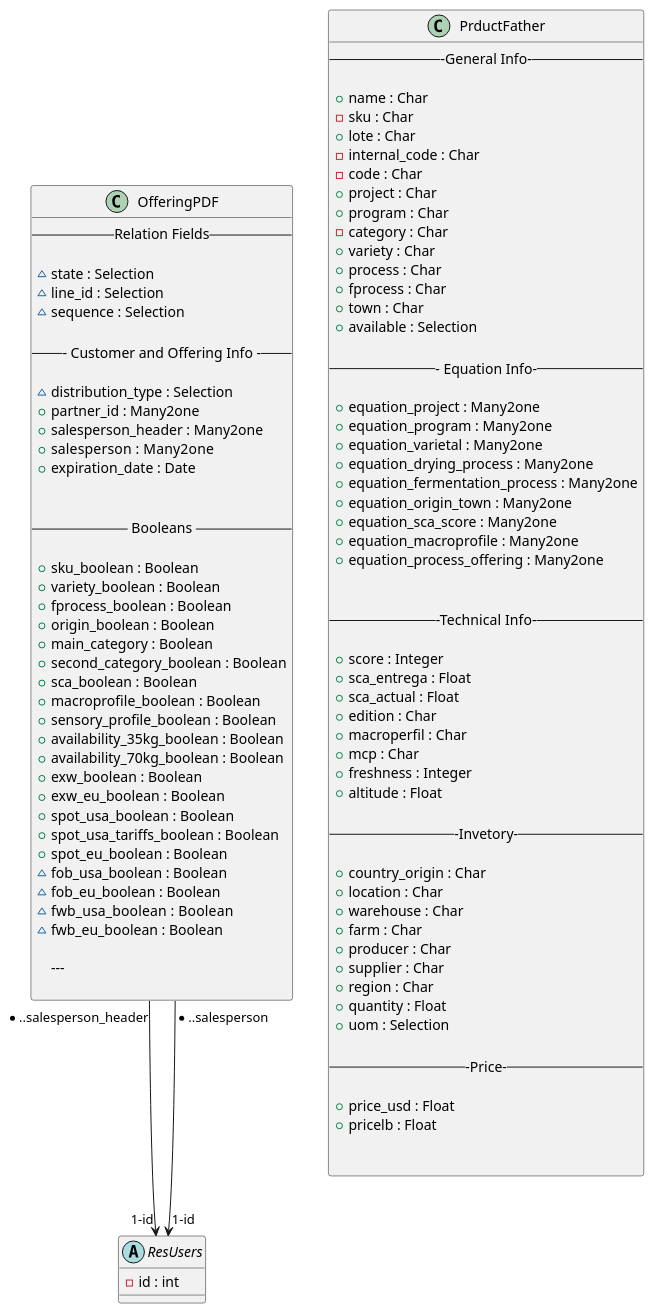
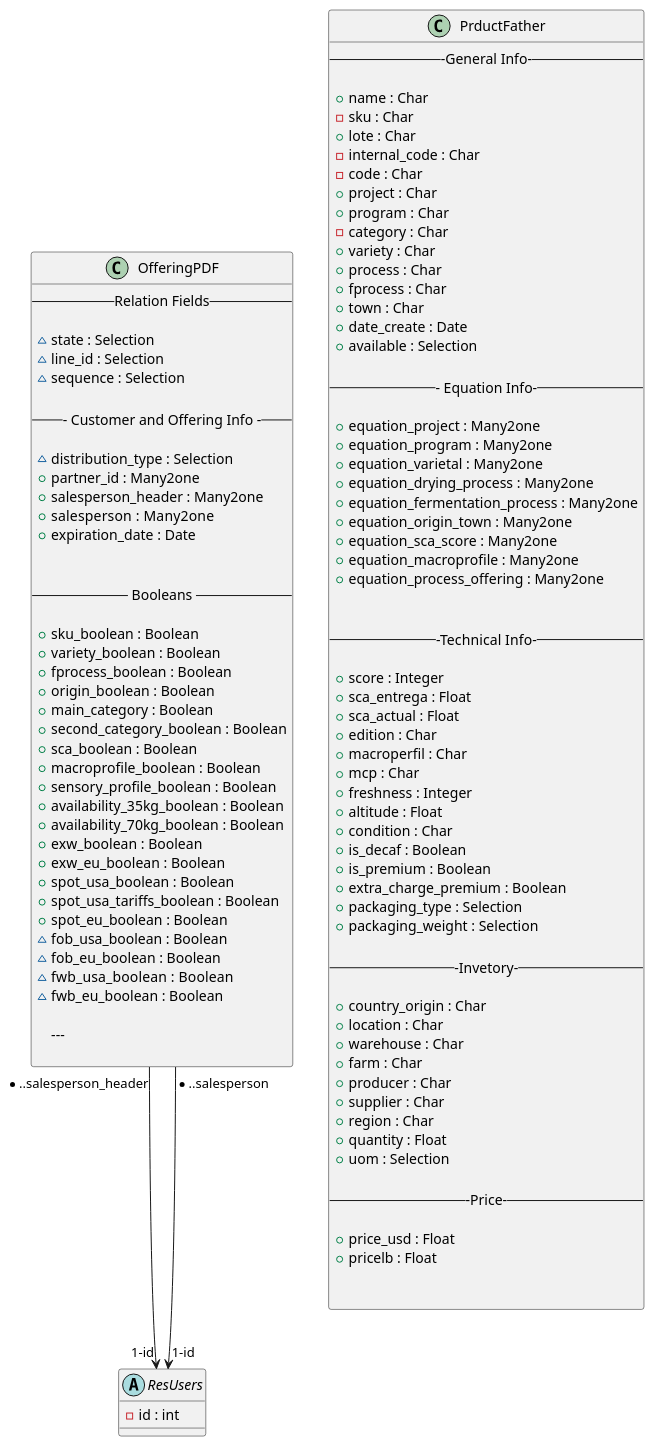
The diagram in Schemas/offering.puml (Equation-Coffee/Odoo-Equation), drawn with PlantUML before and after one commit. The commit also changed 8373 other files, not shown here.

```diff
--- a/Schemas/offering.puml
+++ b/Schemas/offering.puml
@@ -1,131 +1,138 @@
 @startuml offering
 
 ' Mi orden de variables simepre seguira de ahora en adelante de esta formam
 ' Codigo
 ' Proyecto
 ' Programa o Categoria
 ' Variedad
 ' Procesos o procesos 
 ' Orgien
 ' Categorias de Portafolio
 ' Sca
 ' macroperfil
 ' sensory
 ' disponibilidad
 ' precios
 
 
 abstract class ResUsers{
     - id : int
 }
 
 
 class OfferingPDF {
     ----Relation Fields----
 
     ~ state : Selection
     ~ line_id : Selection
     ~ sequence : Selection
 
     --- Customer and Offering Info ---
 
     ~ distribution_type : Selection
     + partner_id : Many2one
     + salesperson_header : Many2one
     + salesperson :  Many2one
     + expiration_date : Date 
 
 
     ---- Booleans ----
 
     + sku_boolean : Boolean
     + variety_boolean : Boolean
     + fprocess_boolean : Boolean
     + origin_boolean : Boolean
     + main_category : Boolean
     + second_category_boolean : Boolean
     + sca_boolean : Boolean
     + macroprofile_boolean : Boolean
     + sensory_profile_boolean : Boolean
     + availability_35kg_boolean : Boolean
     + availability_70kg_boolean : Boolean
     + exw_boolean : Boolean
     + exw_eu_boolean : Boolean
     + spot_usa_boolean : Boolean 
     + spot_usa_tariffs_boolean : Boolean
     + spot_eu_boolean : Boolean
     ~ fob_usa_boolean : Boolean 
     ~ fob_eu_boolean : Boolean 
     ~ fwb_usa_boolean  : Boolean
     ~ fwb_eu_boolean : Boolean
 
     ---     
 
 }
 
 OfferingPDF "*..salesperson_header" --> "1-id" ResUsers 
 OfferingPDF "*..salesperson" --> "1-id" ResUsers  
 
 
 class   PrductFather{
     ---General Info---
 
     + name : Char
     - sku : Char
     + lote : Char
     - internal_code : Char
     - code : Char
     + project : Char 
     + program : Char
     - category : Char
     + variety : Char
     + process : Char
     + fprocess : Char
     + town : Char
+    + date_create : Date
     + available : Selection
 
     --- Equation Info---
 
     + equation_project : Many2one
     + equation_program : Many2one
     + equation_varietal : Many2one
     + equation_drying_process : Many2one
     + equation_fermentation_process : Many2one
     + equation_origin_town : Many2one
     + equation_sca_score : Many2one
     + equation_macroprofile : Many2one
     + equation_process_offering : Many2one
 
 
     ---Technical Info---
 
     + score : Integer 
     + sca_entrega : Float 
     + sca_actual : Float 
     + edition : Char 
     + macroperfil : Char 
     + mcp : Char
     + freshness : Integer
     + altitude : Float
+    + condition : Char 
+    + is_decaf : Boolean 
+    + is_premium : Boolean
+    + extra_charge_premium : Boolean
+    + packaging_type : Selection
+    + packaging_weight : Selection 
 
     ---Invetory---
 
     + country_origin : Char
     + location : Char
     + warehouse : Char
     + farm : Char
     + producer : Char
     + supplier : Char
     + region : Char 
     + quantity : Float
     + uom : Selection 
 
     ---Price---
 
     + price_usd : Float  
     + pricelb : Float 
 
 
 }
 
 @enduml
```
